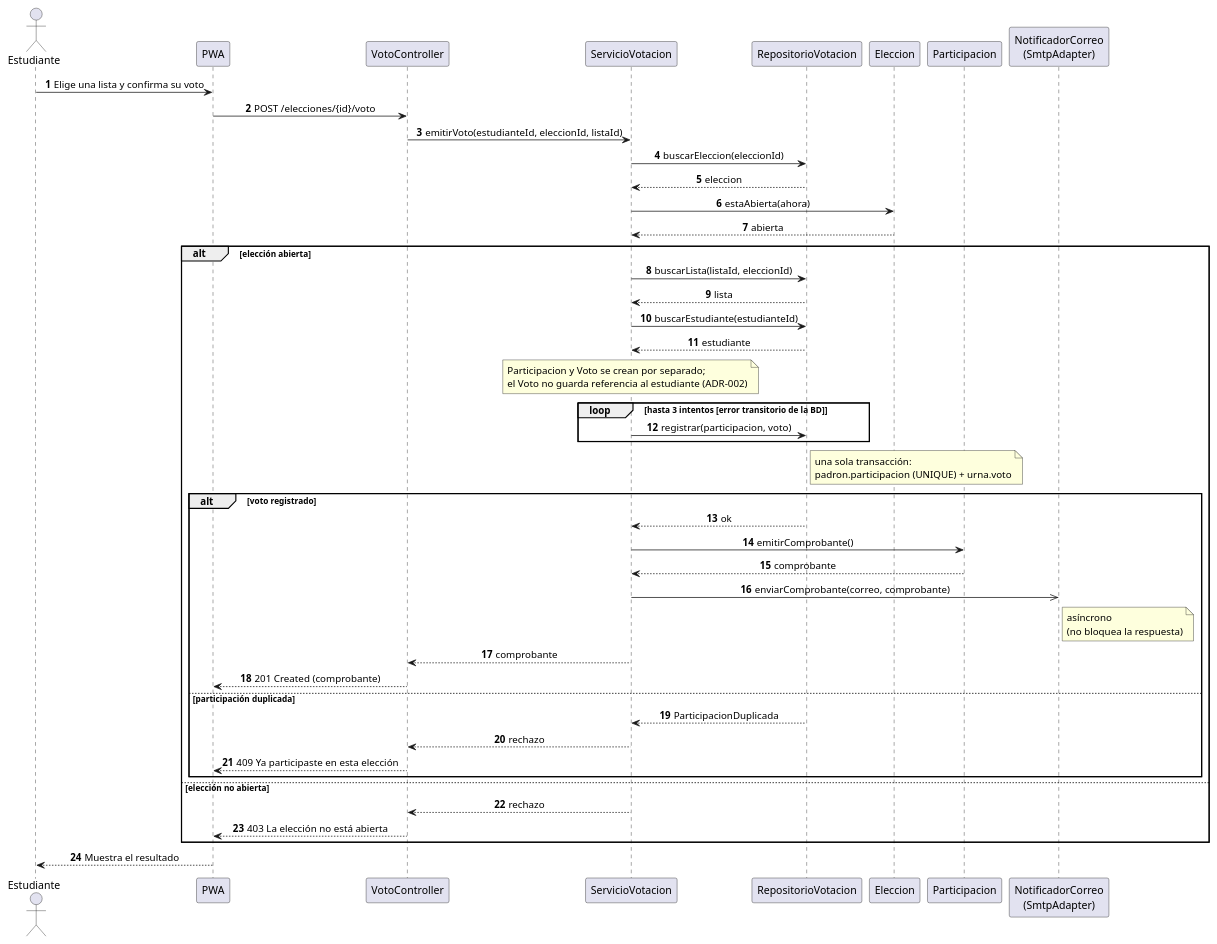
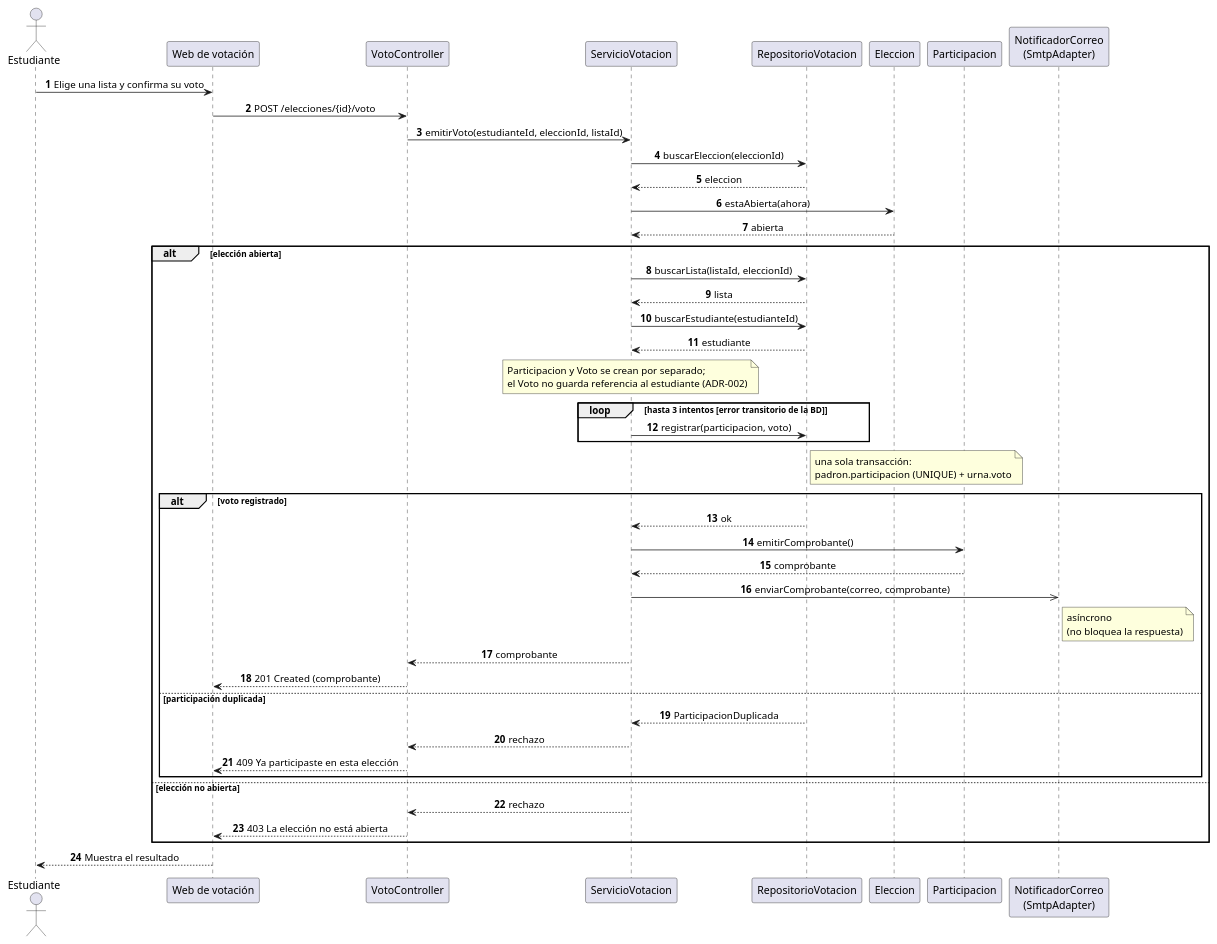
The diagram in docs/design/secuencia-emitir-voto.puml (Echo104/cs-2026b-lab04-grupo05), drawn with PlantUML before and after one commit. The commit also changed 9 other files, not shown here.

```diff
--- a/docs/design/secuencia-emitir-voto.puml
+++ b/docs/design/secuencia-emitir-voto.puml
@@ -1,50 +1,50 @@
 @startuml secuencia-emitir-voto
 skinparam shadowing false
 skinparam defaultFontName Arial
 skinparam sequenceMessageAlign center
 autonumber
 actor Estudiante
-participant "PWA" as UI
+participant "Web de votación" as UI
 participant "VotoController" as C
 participant "ServicioVotacion" as S
 participant "RepositorioVotacion" as R
 participant "Eleccion" as E
 participant "Participacion" as P
 participant "NotificadorCorreo\n(SmtpAdapter)" as N
 
 Estudiante -> UI : Elige una lista y confirma su voto
 UI -> C : POST /elecciones/{id}/voto
 C -> S : emitirVoto(estudianteId, eleccionId, listaId)
 S -> R : buscarEleccion(eleccionId)
 R --> S : eleccion
 S -> E : estaAbierta(ahora)
 E --> S : abierta
 alt elección abierta
   S -> R : buscarLista(listaId, eleccionId)
   R --> S : lista
   S -> R : buscarEstudiante(estudianteId)
   R --> S : estudiante
   note over S : Participacion y Voto se crean por separado;\nel Voto no guarda referencia al estudiante (ADR-002)
   loop hasta 3 intentos [error transitorio de la BD]
     S -> R : registrar(participacion, voto)
   end
   note right of R : una sola transacción:\npadron.participacion (UNIQUE) + urna.voto
   alt voto registrado
     R --> S : ok
     S -> P : emitirComprobante()
     P --> S : comprobante
     S ->> N : enviarComprobante(correo, comprobante)
     note right of N : asíncrono\n(no bloquea la respuesta)
     S --> C : comprobante
     C --> UI : 201 Created (comprobante)
   else participación duplicada
     R --> S : ParticipacionDuplicada
     S --> C : rechazo
     C --> UI : 409 Ya participaste en esta elección
   end
 else elección no abierta
   S --> C : rechazo
   C --> UI : 403 La elección no está abierta
 end
 UI --> Estudiante : Muestra el resultado
 @enduml
```
